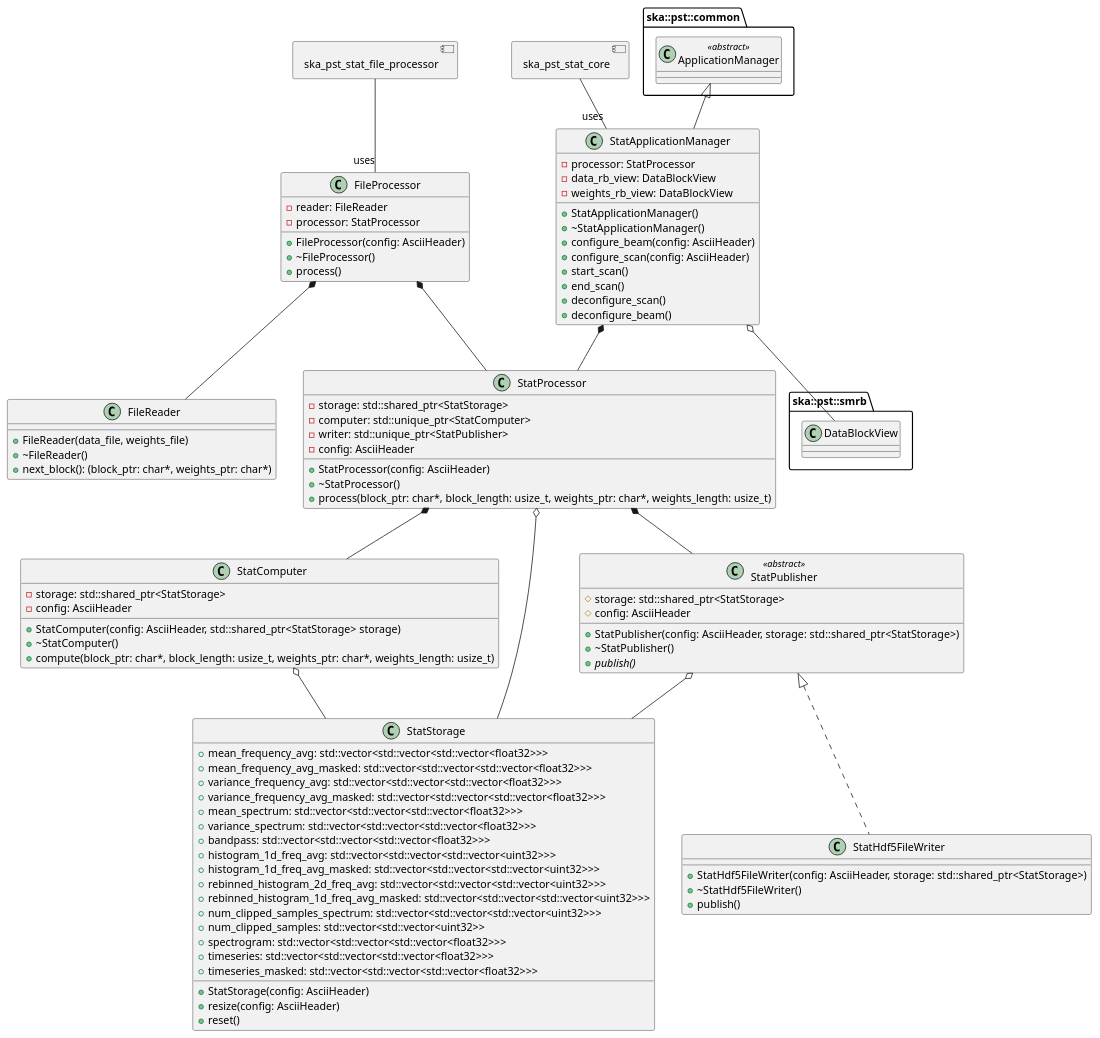
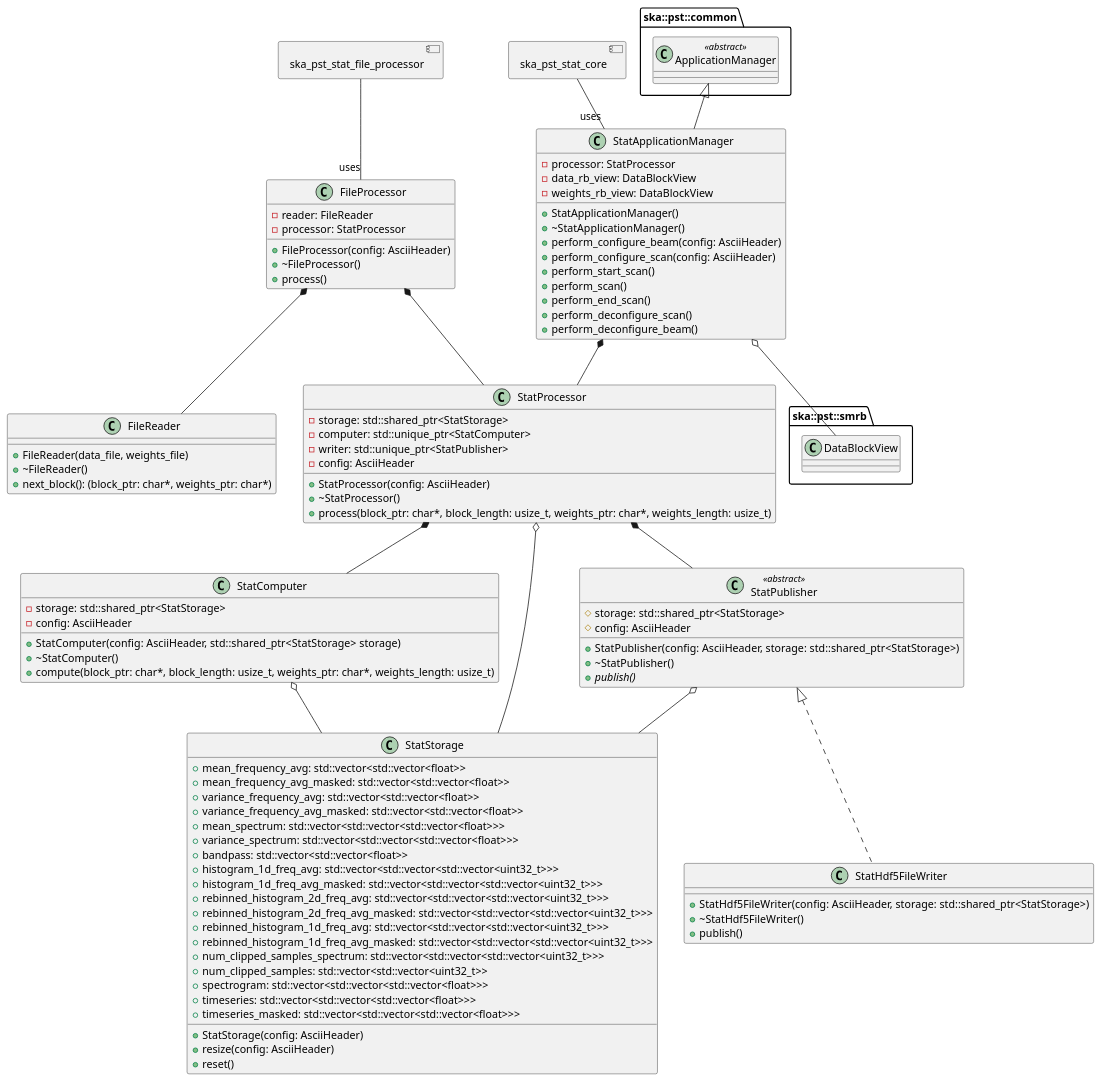
One commit to ska-telescope/ska-pst-stat changed the diagram in docs/src/architecture/class_diagram.puml. Above: the diagram before and after it, drawn with PlantUML. The commit also changed 8 other files, not shown here.

Commit message:
AT3-484 add header files based off initial UML

```diff
--- a/docs/src/architecture/class_diagram.puml
+++ b/docs/src/architecture/class_diagram.puml
@@ -1,112 +1,115 @@
 @startuml PST Stat Class Diagram
 allow_mixing
 
 package ska::pst::common {
   class ApplicationManager <<abstract>>
 
 } 
 package ska::pst::smrb {
   class DataBlockView
 } 
 
 class StatApplicationManager {
   + StatApplicationManager()
   + ~StatApplicationManager()
-  + configure_beam(config: AsciiHeader)
-  + configure_scan(config: AsciiHeader)
-  + start_scan()
-  + end_scan()
-  + deconfigure_scan()
-  + deconfigure_beam()
+  + perform_configure_beam(config: AsciiHeader)
+  + perform_configure_scan(config: AsciiHeader)
+  + perform_start_scan()
+  + perform_scan()
+  + perform_end_scan()
+  + perform_deconfigure_scan()
+  + perform_deconfigure_beam()
   - processor: StatProcessor
   - data_rb_view: DataBlockView
   - weights_rb_view: DataBlockView
 }
 
 class FileProcessor {
   + FileProcessor(config: AsciiHeader)
   + ~FileProcessor()
   + process()
   - reader: FileReader
   - processor: StatProcessor
 }
 
 class FileReader {
   + FileReader(data_file, weights_file)
   + ~FileReader()
   + next_block(): (block_ptr: char*, weights_ptr: char*)
 }
 
 class StatProcessor {
   + StatProcessor(config: AsciiHeader)
   + ~StatProcessor()
   + process(block_ptr: char*, block_length: usize_t, weights_ptr: char*, weights_length: usize_t)
   - storage: std::shared_ptr<StatStorage> 
   - computer: std::unique_ptr<StatComputer>
   - writer: std::unique_ptr<StatPublisher>
   - config: AsciiHeader
 }
 
 class StatComputer {
   + StatComputer(config: AsciiHeader, std::shared_ptr<StatStorage> storage)
   + ~StatComputer()
   + compute(block_ptr: char*, block_length: usize_t, weights_ptr: char*, weights_length: usize_t)
   - storage: std::shared_ptr<StatStorage> 
   - config: AsciiHeader
 }
 
 class StatStorage {
   + StatStorage(config: AsciiHeader)
   + resize(config: AsciiHeader)
   + reset()
-  + mean_frequency_avg: std::vector<std::vector<std::vector<float32>>>
-  + mean_frequency_avg_masked: std::vector<std::vector<std::vector<float32>>>
-  + variance_frequency_avg: std::vector<std::vector<std::vector<float32>>>
-  + variance_frequency_avg_masked: std::vector<std::vector<std::vector<float32>>>
-  + mean_spectrum: std::vector<std::vector<std::vector<float32>>>
-  + variance_spectrum: std::vector<std::vector<std::vector<float32>>>
-  + bandpass: std::vector<std::vector<std::vector<float32>>>
-  + histogram_1d_freq_avg: std::vector<std::vector<std::vector<uint32>>>
-  + histogram_1d_freq_avg_masked: std::vector<std::vector<std::vector<uint32>>>
-  + rebinned_histogram_2d_freq_avg: std::vector<std::vector<std::vector<uint32>>>
-  + rebinned_histogram_1d_freq_avg_masked: std::vector<std::vector<std::vector<uint32>>>
-  + num_clipped_samples_spectrum: std::vector<std::vector<std::vector<uint32>>>
-  + num_clipped_samples: std::vector<std::vector<uint32>>
-  + spectrogram: std::vector<std::vector<std::vector<float32>>>
-  + timeseries: std::vector<std::vector<std::vector<float32>>>
-  + timeseries_masked: std::vector<std::vector<std::vector<float32>>>
+  + mean_frequency_avg: std::vector<std::vector<float>>
+  + mean_frequency_avg_masked: std::vector<std::vector<float>>
+  + variance_frequency_avg: std::vector<std::vector<float>>
+  + variance_frequency_avg_masked: std::vector<std::vector<float>>
+  + mean_spectrum: std::vector<std::vector<std::vector<float>>>
+  + variance_spectrum: std::vector<std::vector<std::vector<float>>>
+  + bandpass: std::vector<std::vector<float>>
+  + histogram_1d_freq_avg: std::vector<std::vector<std::vector<uint32_t>>>
+  + histogram_1d_freq_avg_masked: std::vector<std::vector<std::vector<uint32_t>>>
+  + rebinned_histogram_2d_freq_avg: std::vector<std::vector<std::vector<uint32_t>>>
+  + rebinned_histogram_2d_freq_avg_masked: std::vector<std::vector<std::vector<uint32_t>>>
+  + rebinned_histogram_1d_freq_avg: std::vector<std::vector<std::vector<uint32_t>>>
+  + rebinned_histogram_1d_freq_avg_masked: std::vector<std::vector<std::vector<uint32_t>>>
+  + num_clipped_samples_spectrum: std::vector<std::vector<std::vector<uint32_t>>>
+  + num_clipped_samples: std::vector<std::vector<uint32_t>>
+  + spectrogram: std::vector<std::vector<std::vector<float>>>
+  + timeseries: std::vector<std::vector<std::vector<float>>>
+  + timeseries_masked: std::vector<std::vector<std::vector<float>>>
 }
 
 class StatPublisher <<abstract>> {
   # storage: std::shared_ptr<StatStorage>
   # config: AsciiHeader
   + StatPublisher(config: AsciiHeader, storage: std::shared_ptr<StatStorage>)
   + ~StatPublisher()
   {abstract} + publish()
 }
 
 class StatHdf5FileWriter implements StatPublisher {
   + StatHdf5FileWriter(config: AsciiHeader, storage: std::shared_ptr<StatStorage>)
   + ~StatHdf5FileWriter()
   + publish()
 }
 
 StatProcessor *-- StatComputer
 StatProcessor *-- StatPublisher
 StatProcessor o-- StatStorage 
 StatComputer o-- StatStorage
 StatPublisher o-- StatStorage
 
 ApplicationManager <|-- StatApplicationManager
 StatApplicationManager o-- DataBlockView
 StatApplicationManager *-- StatProcessor
 
 FileProcessor *-- FileReader
 FileProcessor *-- StatProcessor
 
 component ska_pst_stat_core
 ska_pst_stat_core -- "uses" StatApplicationManager
 component ska_pst_stat_file_processor
 ska_pst_stat_file_processor -- "uses" FileProcessor
 
 @enduml
```
